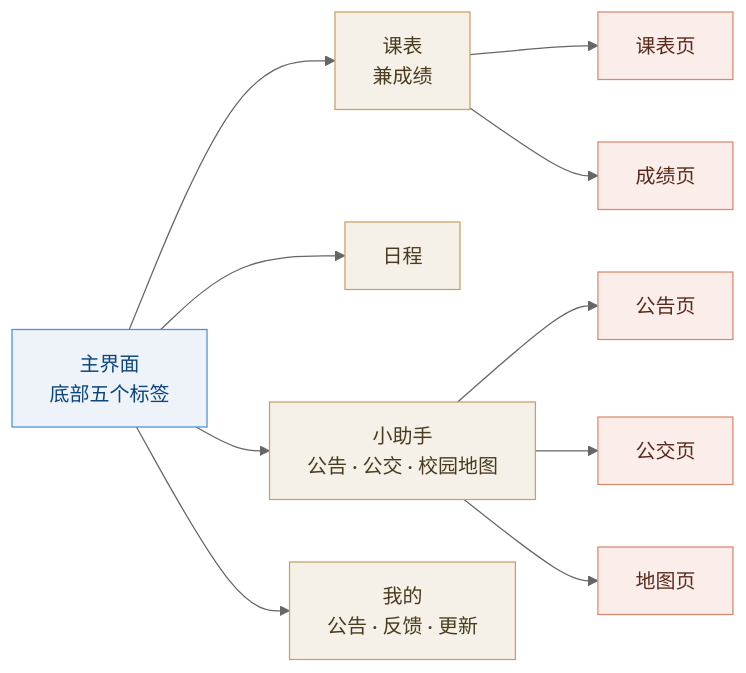
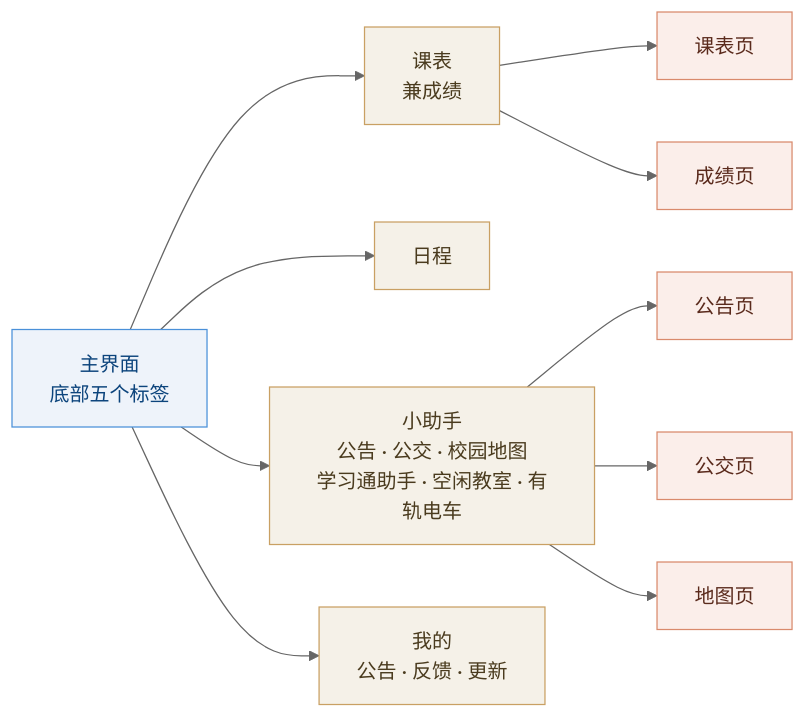
Before and after one commit to Aokiisei/-Mimi-: the third of 3 diagrams in README.md, drawn with Mermaid (neutral theme). The commit also changed other lines of this file and 42 other files, not shown here.

````diff
--- a/README.md
+++ b/README.md
@@ -200,22 +212,22 @@
 ```mermaid
 flowchart LR
     M["主界面<br/>底部五个标签"]
 
     M --> HM["课表<br/>兼成绩"]
     M --> SC["日程"]
-    M --> AS["小助手<br/>公告 · 公交 · 校园地图"]
+    M --> AS["小助手<br/>公告 · 公交 · 校园地图<br/>学习通助手 · 空闲教室 · 有轨电车"]
     M --> PF["我的<br/>公告 · 反馈 · 更新"]
 
     HM --> H1["课表页"]
     HM --> H2["成绩页"]
     AS --> A0["公告页"]
     AS --> A1["公交页"]
     AS --> A2["地图页"]
 
     classDef bar fill:#EEF3FA,stroke:#4A90D9,color:#0C447C
     classDef frag fill:#F5F1E8,stroke:#C9A063,color:#4A3B1E
     classDef web fill:#FBEEEA,stroke:#D98A6C,color:#5A2A1C
     class M bar
     class HM,SC,AS,PF frag
     class H1,H2,A0,A1,A2 web
 ```
````
